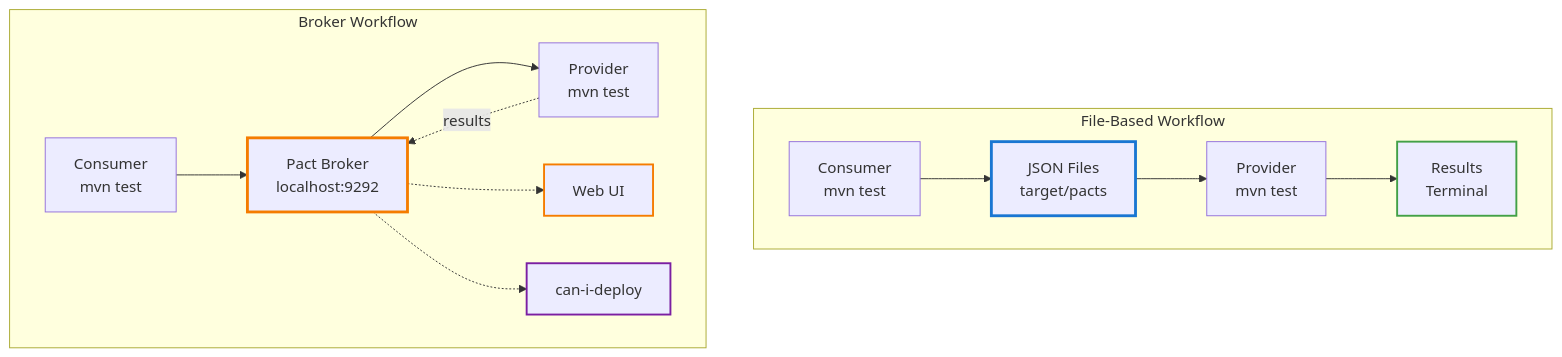
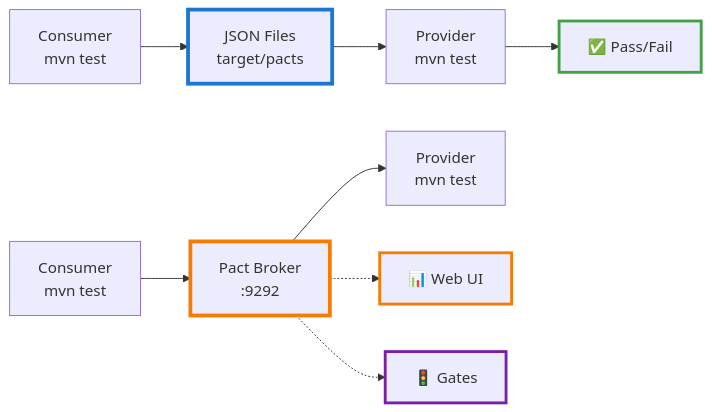
The fourth of 4 diagrams in TECHNICAL.md (damalcheruvu/jvm-pact), drawn with Mermaid before and after one commit. The commit also changed 1 other file, not shown here.

Commit message:
Make Mermaid diagrams larger and more visible

````diff
--- a/TECHNICAL.md
+++ b/TECHNICAL.md
@@ -772,22 +772,17 @@
 ```mermaid
-graph TB
-    subgraph file["File-Based Workflow"]
-        FC[Consumer<br/>mvn test] --> FJ[JSON Files<br/>target/pacts]
-        FJ --> FP[Provider<br/>mvn test]
-        FP --> FR[Results<br/>Terminal]
-    end
+graph LR
+    F1["Consumer<br/>mvn test"] --> F2["JSON Files<br/>target/pacts"]
+    F2 --> F3["Provider<br/>mvn test"]
+    F3 --> F4["✅ Pass/Fail"]
     
-    subgraph broker["Broker Workflow"]
-        BC[Consumer<br/>mvn test] --> BB[Pact Broker<br/>localhost:9292]
-        BB --> BP[Provider<br/>mvn test]
-        BP -.results.-> BB
-        BB -.->BU[Web UI]
-        BB -.->BG[can-i-deploy]
-    end
+    B1["Consumer<br/>mvn test"] --> B2["Pact Broker<br/>:9292"]
+    B2 --> B3["Provider<br/>mvn test"]
+    B2 -.-> B4["📊 Web UI"]
+    B2 -.-> B5["🚦 Gates"]
     
-    style FJ stroke:#1976d2,stroke-width:3px
-    style FR stroke:#43a047,stroke-width:2px
-    style BB stroke:#f57c00,stroke-width:3px
-    style BU stroke:#f57c00,stroke-width:2px
-    style BG stroke:#7b1fa2,stroke-width:2px
+    style F2 stroke:#1976d2,stroke-width:4px
+    style F4 stroke:#43a047,stroke-width:3px
+    style B2 stroke:#f57c00,stroke-width:4px
+    style B4 stroke:#f57c00,stroke-width:3px
+    style B5 stroke:#7b1fa2,stroke-width:3px
 ```
````
